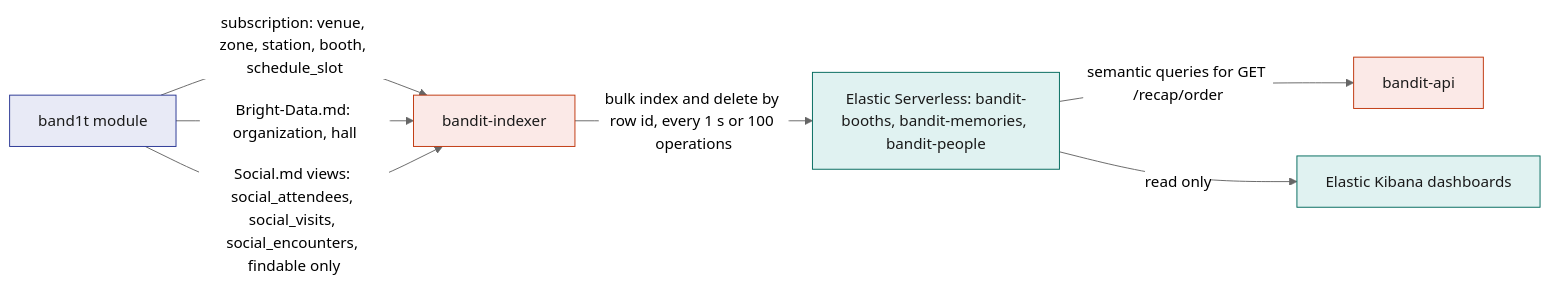
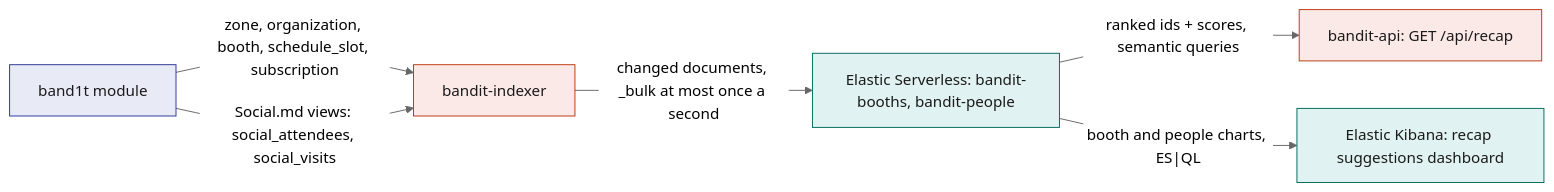
The fifth of 7 diagrams in System Design/7-integrations/Elastic.md (viktorinkov/cal-hacks-13), drawn with Mermaid (neutral theme) before and after one commit. The commit also changed other lines of this file and 4 other files, not shown here.

````diff
--- a/System Design/7-integrations/Elastic.md
+++ b/System Design/7-integrations/Elastic.md
@@ -220,15 +444,14 @@
 ```mermaid
 flowchart LR
-  STDB["band1t module"] -->|"subscription: venue, zone, station, booth, schedule_slot"| IDX["bandit-indexer"]
-  STDB -->|"Bright-Data.md: organization, hall"| IDX
-  STDB -->|"Social.md views: social_attendees, social_visits, social_encounters, findable only"| IDX
-  IDX -->|"bulk index and delete by row id, every 1 s or 100 operations"| ES["Elastic Serverless: bandit-booths, bandit-memories, bandit-people"]
-  ES -->|"semantic queries for GET /recap/order"| API["bandit-api"]
-  ES -->|"read only"| KIB["Elastic Kibana dashboards"]
+  STDB["band1t module"] -->|"zone, organization, booth, schedule_slot, subscription"| IDX["bandit-indexer"]
+  STDB -->|"Social.md views: social_attendees, social_visits"| IDX
+  IDX -->|"changed documents, _bulk at most once a second"| ES["Elastic Serverless: bandit-booths, bandit-people"]
+  ES -->|"ranked ids + scores, semantic queries"| API["bandit-api: GET /api/recap"]
+  ES -->|"booth and people charts, ES|QL"| KIB["Elastic Kibana: recap suggestions dashboard"]
   classDef rust fill:#FBE9E7,stroke:#BF360C,color:#1A1A1A
   classDef stdb fill:#E8EAF6,stroke:#283593,color:#1A1A1A
   classDef ext fill:#E0F2F1,stroke:#00695C,color:#1A1A1A
   class IDX,API rust
   class STDB stdb
   class ES,KIB ext
 ```
````
